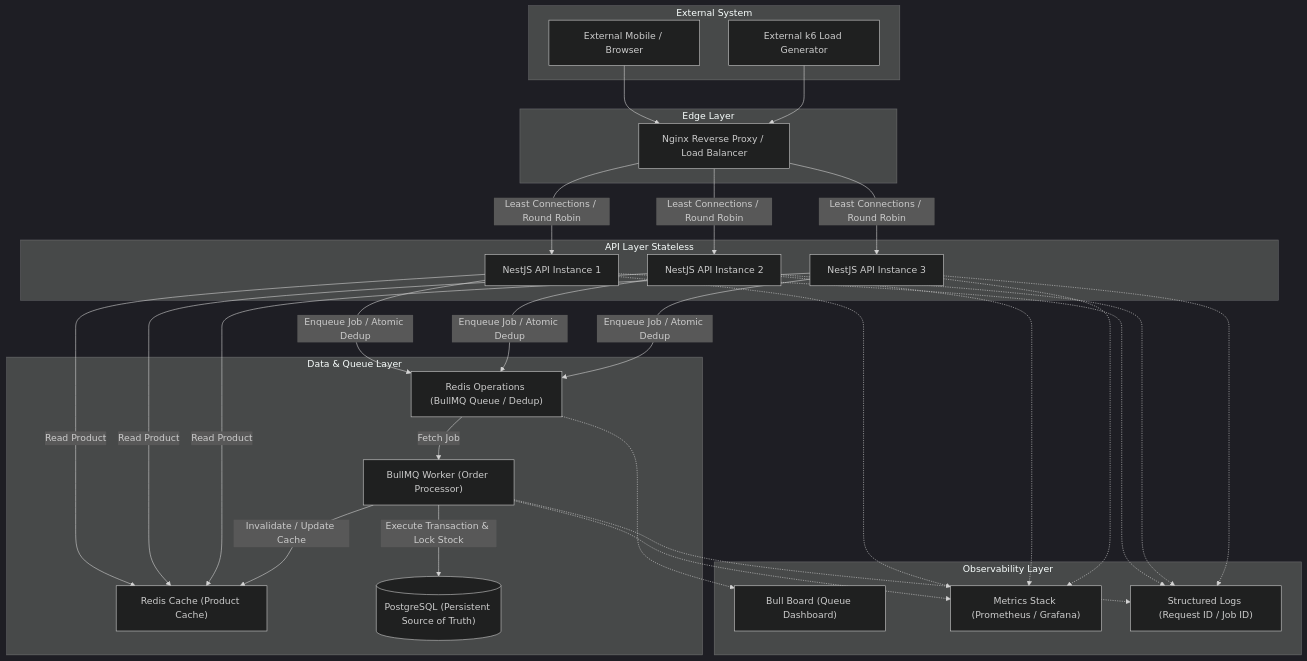
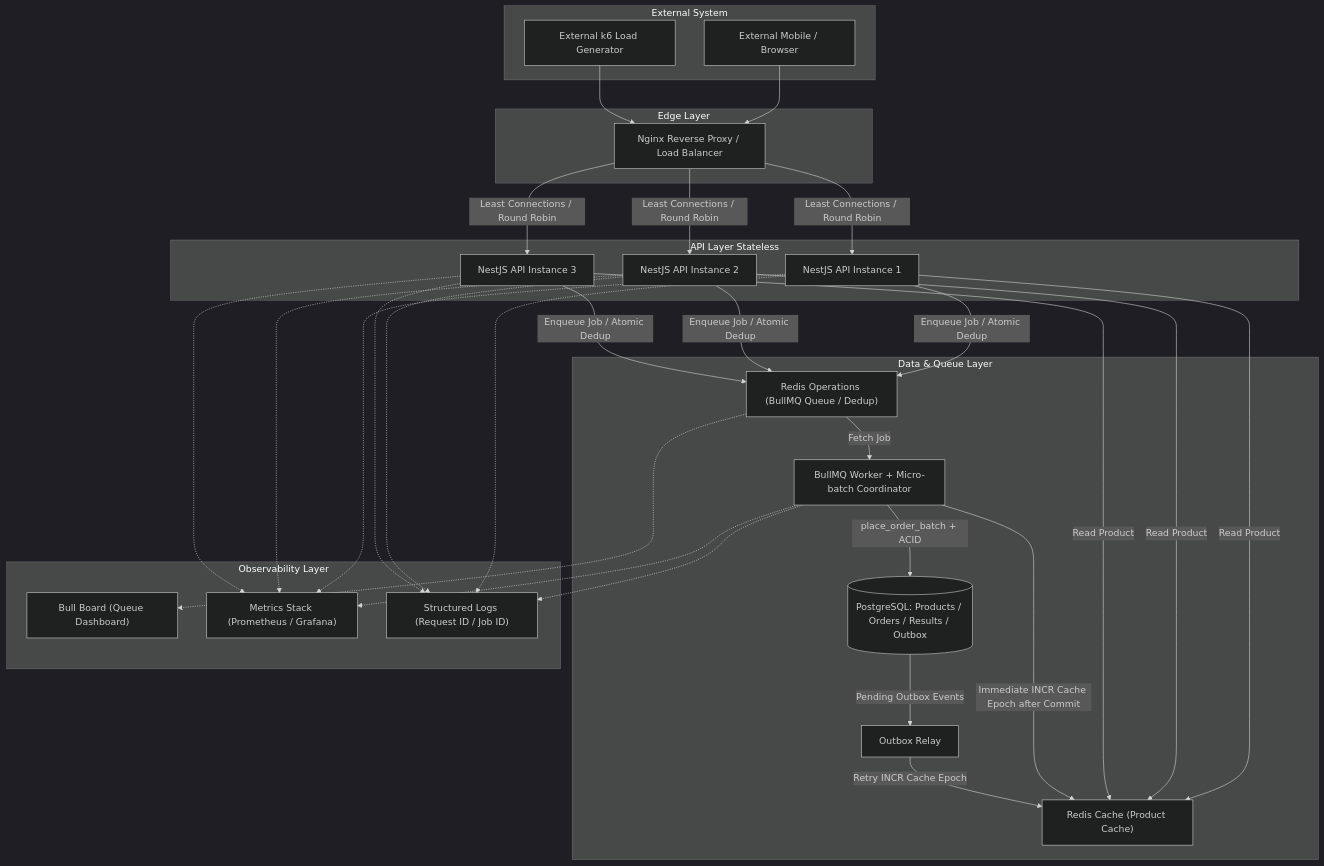
The diagram in doc/architecture/architecture.md (sanpipop/FlashSaleSystem), drawn with Mermaid (dark theme) before and after one commit. The commit also changed other lines of this file and 41 other files, not shown here.

First line of the commit message:
docs: refine flash sale architecture and implementation guidelines

````diff
--- a/doc/architecture/architecture.md
+++ b/doc/architecture/architecture.md
@@ -48,58 +48,61 @@
 ```mermaid
 graph TD
     subgraph External System
         Client["External Mobile / Browser"]
         k6["External k6 Load Generator"]
     end
 
     subgraph Edge Layer
         Nginx["Nginx Reverse Proxy / Load Balancer"]
     end
 
     subgraph API Layer Stateless
         API1["NestJS API Instance 1"]
         API2["NestJS API Instance 2"]
         API3["NestJS API Instance 3"]
     end
 
     subgraph Data & Queue Layer
         RedisCache["Redis Cache (Product Cache)"]
         RedisOps["Redis Operations (BullMQ Queue / Dedup)"]
-        Worker["BullMQ Worker (Order Processor)"]
-        PostgreSQL[("PostgreSQL (Persistent Source of Truth)")]
+        Worker["BullMQ Worker + Micro-batch Coordinator"]
+        PostgreSQL[("PostgreSQL: Products / Orders / Results / Outbox")]
+        Outbox["Outbox Relay"]
     end
 
     subgraph Observability Layer
         BullBoard["Bull Board (Queue Dashboard)"]
         Metrics["Metrics Stack (Prometheus / Grafana)"]
         Logs["Structured Logs (Request ID / Job ID)"]
     end
 
     Client --> Nginx
     k6 --> Nginx
     Nginx -->|Least Connections / Round Robin| API1
     Nginx -->|Least Connections / Round Robin| API2
     Nginx -->|Least Connections / Round Robin| API3
 
     API1 -->|Read Product| RedisCache
     API2 -->|Read Product| RedisCache
     API3 -->|Read Product| RedisCache
 
     API1 -->|Enqueue Job / Atomic Dedup| RedisOps
     API2 -->|Enqueue Job / Atomic Dedup| RedisOps
     API3 -->|Enqueue Job / Atomic Dedup| RedisOps
 
     RedisOps -->|Fetch Job| Worker
-    Worker -->|Execute Transaction & Lock Stock| PostgreSQL
-    Worker -->|Invalidate / Update Cache| RedisCache
+    Worker -->|place_order_batch + ACID| PostgreSQL
+    PostgreSQL -->|Pending Outbox Events| Outbox
+    Worker -->|Immediate INCR Cache Epoch after Commit| RedisCache
+    Outbox -->|Retry INCR Cache Epoch| RedisCache
 
     RedisOps -.-> BullBoard
     API1 -.-> Logs
     API2 -.-> Logs
     API3 -.-> Logs
     Worker -.-> Logs
     API1 -.-> Metrics
     API2 -.-> Metrics
     API3 -.-> Metrics
     Worker -.-> Metrics
 ```
````
